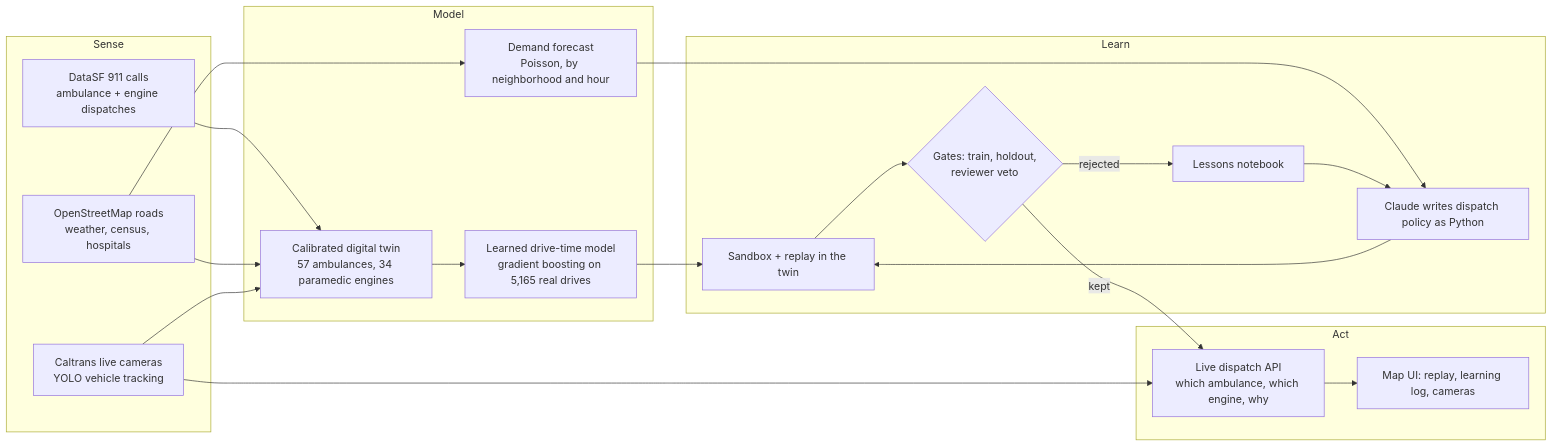
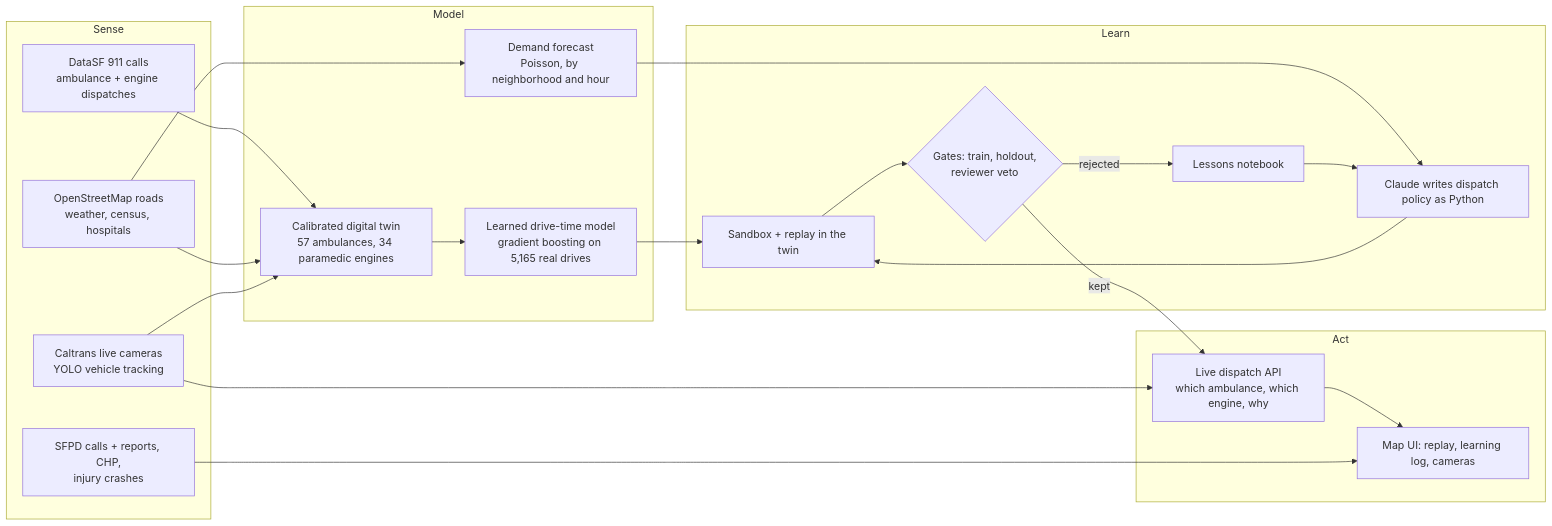
The diagram in README.md (arnavbonigala/dispatchzero), drawn with Mermaid before and after one commit. The commit also changed other lines of this file, not shown here.

Commit message:
README lists the police, CHP and crash sources

````diff
--- a/README.md
+++ b/README.md
@@ -46,35 +46,37 @@
 ```mermaid
 flowchart LR
   subgraph Sense
     A[DataSF 911 calls<br/>ambulance + engine dispatches]
     B[Caltrans live cameras<br/>YOLO vehicle tracking]
     C[OpenStreetMap roads<br/>weather, census, hospitals]
+    P[SFPD calls + reports, CHP,<br/>injury crashes]
   end
   subgraph Model
     D[Calibrated digital twin<br/>57 ambulances, 34 paramedic engines]
     E[Learned drive-time model<br/>gradient boosting on 5,165 real drives]
     F[Demand forecast<br/>Poisson, by neighborhood and hour]
   end
   subgraph Learn
     G[Claude writes dispatch policy as Python]
     H[Sandbox + replay in the twin]
     I{Gates: train, holdout,<br/>reviewer veto}
     J[Lessons notebook]
   end
   subgraph Act
     K[Live dispatch API<br/>which ambulance, which engine, why]
     L[Map UI: replay, learning log, cameras]
   end
   A --> D
   C --> D
   B --> D
   D --> E
   C --> F
   E --> H
   F --> G
   G --> H --> I
   I -- kept --> K
   I -- rejected --> J --> G
   K --> L
   B --> K
+  P --> L
 ```
````
